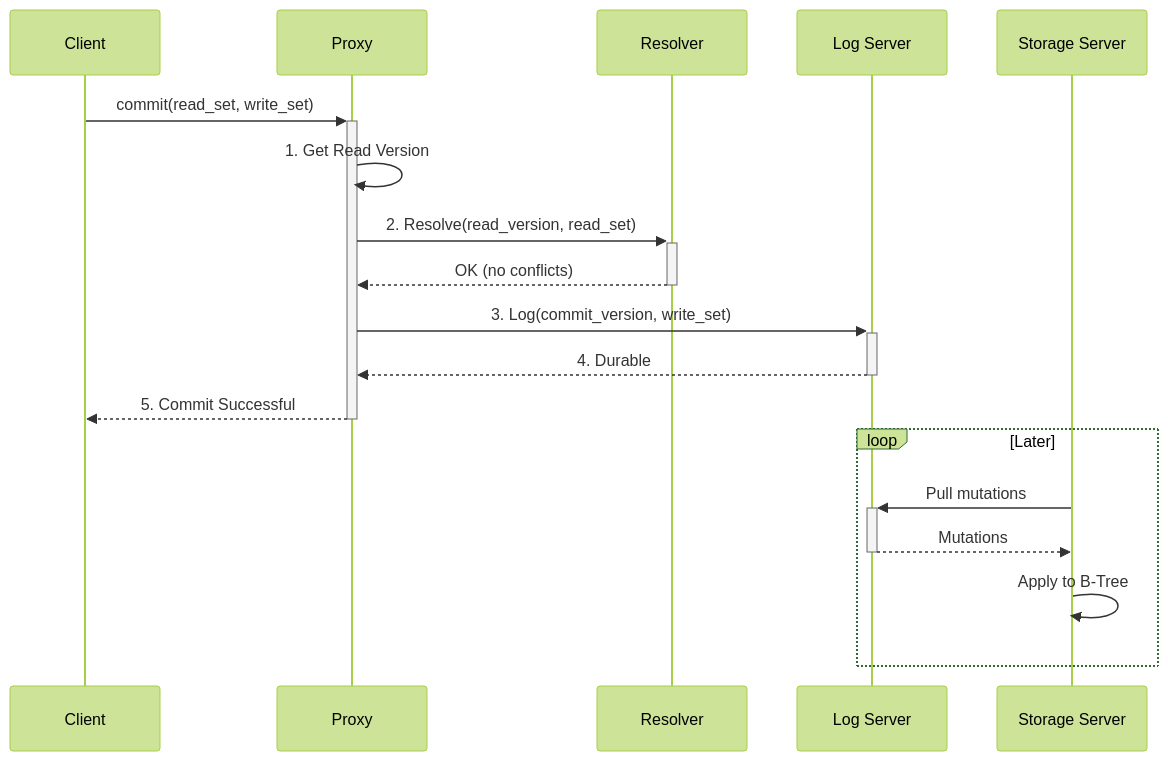
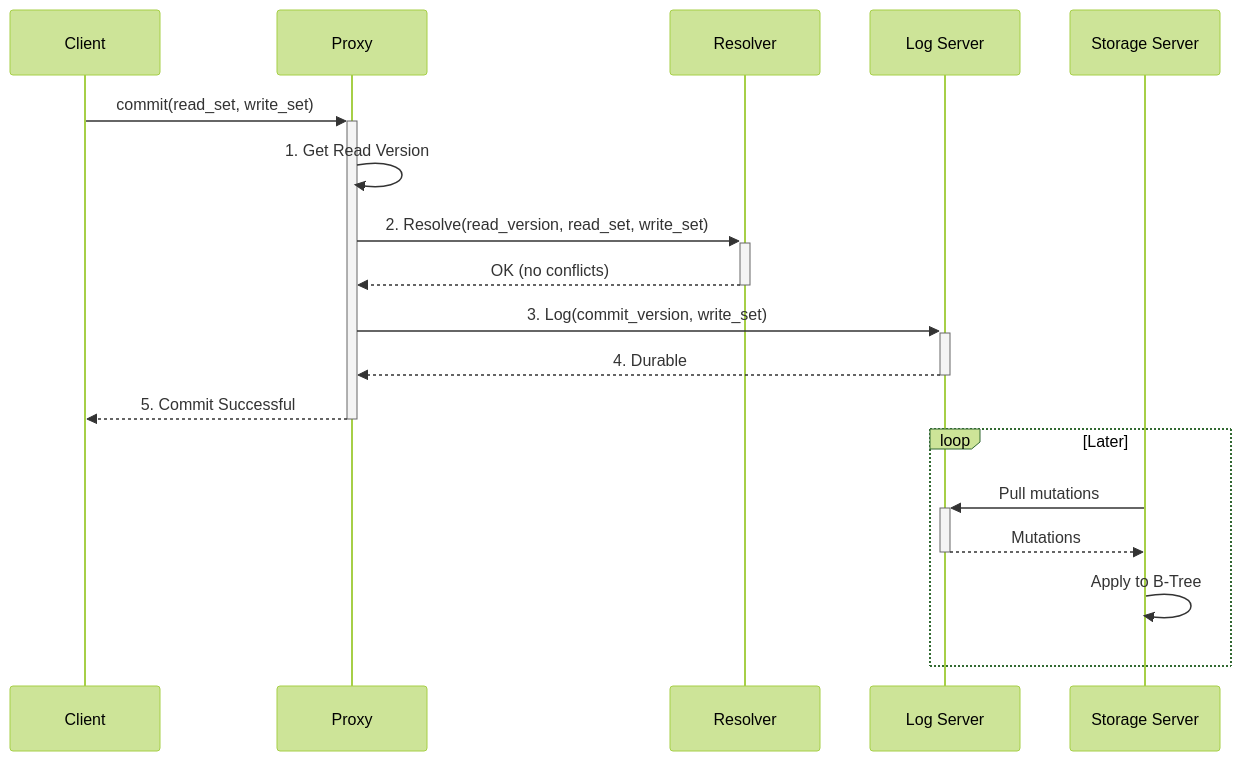
One commit to PierreZ/fdb-book changed the diagram in src/internals/the-write-path.md. Above: the diagram before and after it, drawn with Mermaid (forest theme). The commit also changed other lines of this file and 6 other files, not shown here.

````diff
--- a/src/internals/the-write-path.md
+++ b/src/internals/the-write-path.md
@@ -9,21 +9,21 @@
 ```mermaid
 sequenceDiagram
     participant Client
     participant Proxy
     participant Resolver
     participant Log Server
     participant Storage Server
 
     Client->>+Proxy: commit(read_set, write_set)
     Proxy->>Proxy: 1. Get Read Version
-    Proxy->>+Resolver: 2. Resolve(read_version, read_set)
+    Proxy->>+Resolver: 2. Resolve(read_version, read_set, write_set)
     Resolver-->>-Proxy: OK (no conflicts)
     Proxy->>+Log Server: 3. Log(commit_version, write_set)
     Log Server-->>-Proxy: 4. Durable
     Proxy-->>-Client: 5. Commit Successful
     loop Later
         Storage Server->>+Log Server: Pull mutations
         Log Server-->>-Storage Server: Mutations
         Storage Server->>Storage Server: Apply to B-Tree
     end
 ```
````
